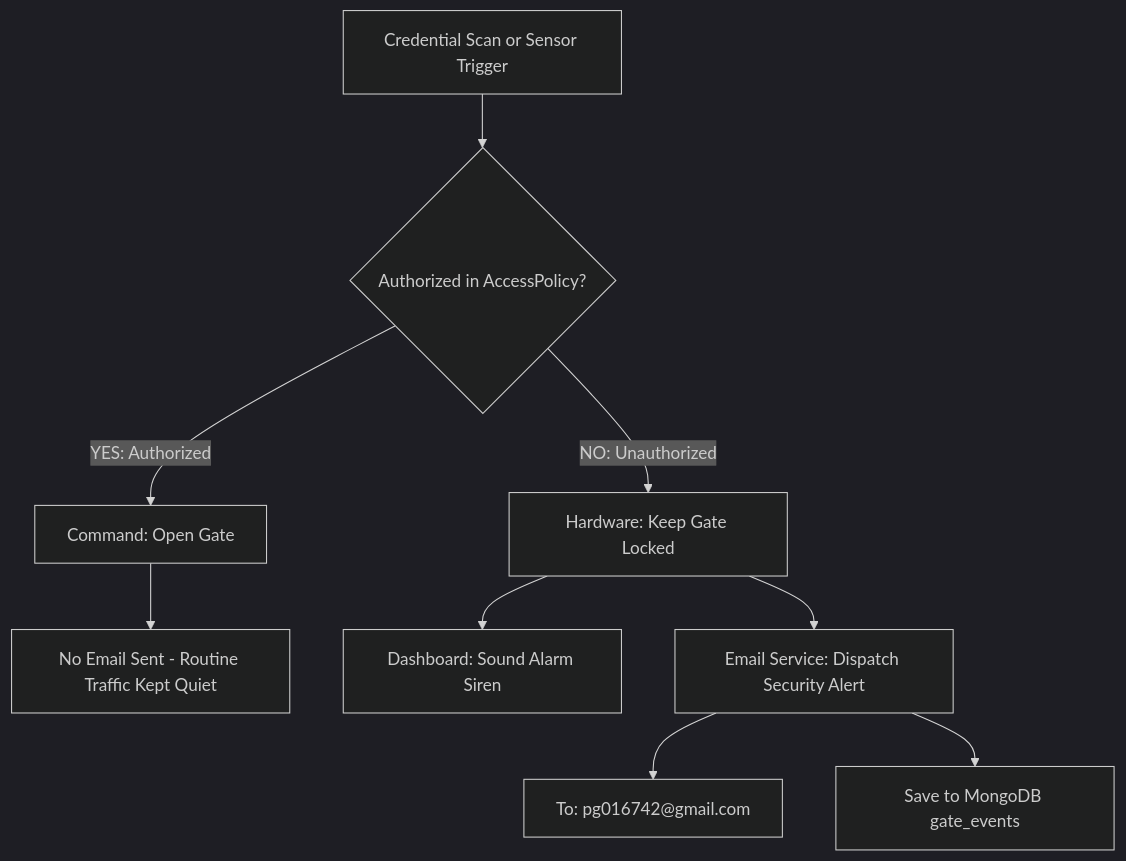
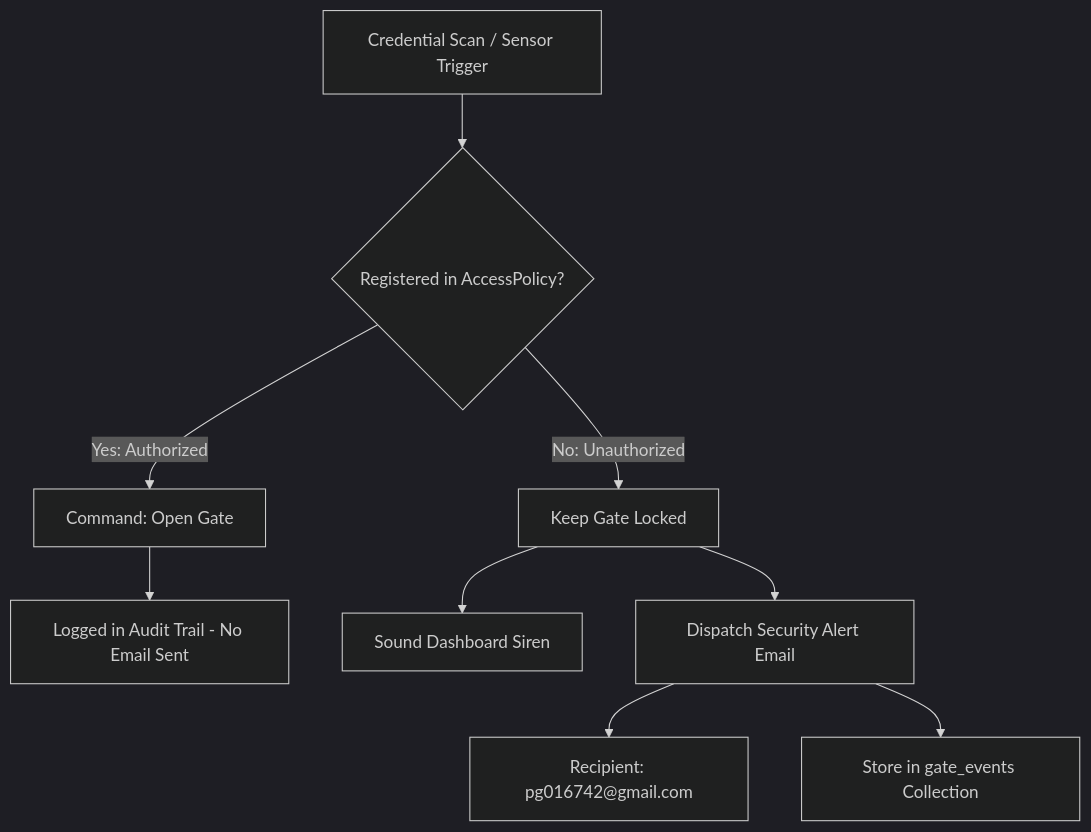
Before and after one commit to pramodgiri2468/modern_data_store: the second of 2 diagrams in README.md, drawn with Mermaid (dark theme). The commit also changed other lines of this file and 31 other files, not shown here.

````diff
--- a/README.md
+++ b/README.md
@@ -263,13 +290,13 @@
 ```mermaid
 flowchart TD
-    Scan[Credential Scan or Sensor Trigger] --> Verify{Authorized in AccessPolicy?}
+    Scan[Credential Scan / Sensor Trigger] --> Check{Registered in AccessPolicy?}
     
-    Verify -->|YES: Authorized| OpenGate[Command: Open Gate]
-    OpenGate --> Note1[No Email Sent - Routine Traffic Kept Quiet]
+    Check -->|Yes: Authorized| Open[Command: Open Gate]
+    Open --> LogQuiet[Logged in Audit Trail - No Email Sent]
     
-    Verify -->|NO: Unauthorized| LockGate[Hardware: Keep Gate Locked]
-    LockGate --> AlarmSiren[Dashboard: Sound Alarm Siren]
-    LockGate --> AlertMail[Email Service: Dispatch Security Alert]
-    AlertMail --> Recipient[To: pg016742@gmail.com]
-    AlertMail --> MongoAudit[Save to MongoDB gate_events]
+    Check -->|No: Unauthorized| Hold[Keep Gate Locked]
+    Hold --> Siren[Sound Dashboard Siren]
+    Hold --> Dispatch[Dispatch Security Alert Email]
+    Dispatch --> Target[Recipient: pg016742@gmail.com]
+    Dispatch --> AuditDB[Store in gate_events Collection]
 ```
````
